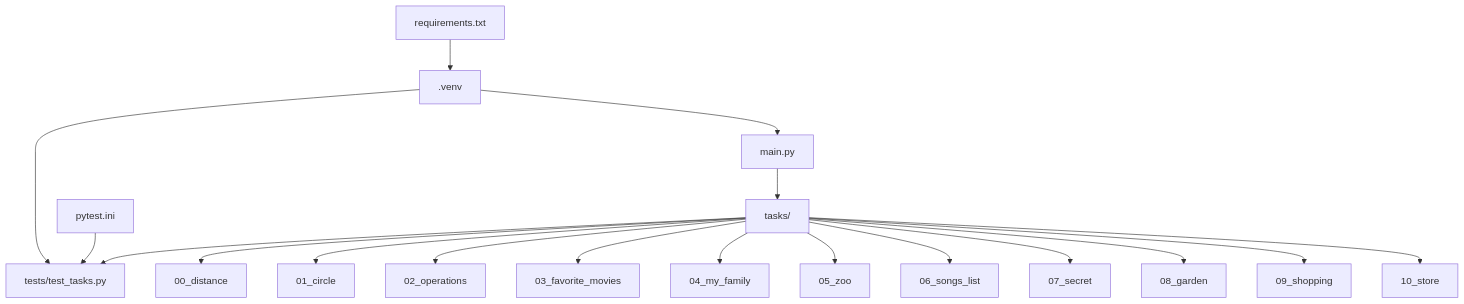
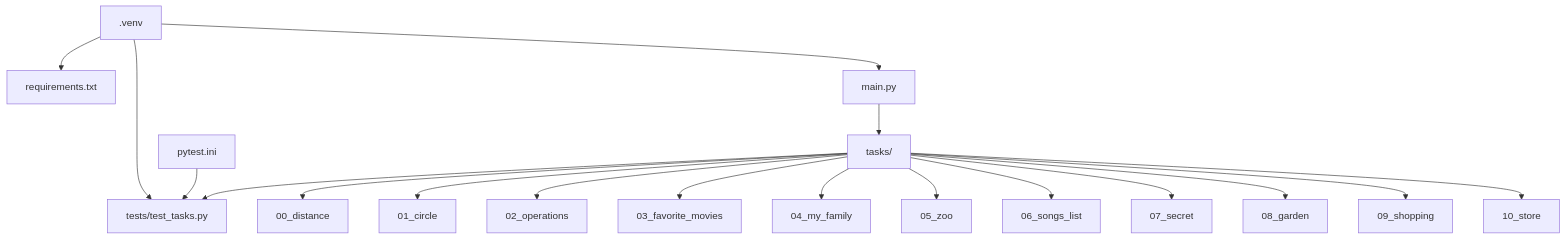
One commit to HolograficDev/semester3_python_lab1 changed the diagram in README.md. Above: the diagram before and after it, drawn with Mermaid.

````diff
--- a/README.md
+++ b/README.md
@@ -47,22 +47,22 @@
 ```mermaid
 flowchart TD
-    R[requirements.txt] --> V[.venv]
+    V[.venv] --> R[requirements.txt]
     V --> M[main.py]
     V --> P[tests/test_tasks.py]
     C[pytest.ini] --> P
 
     M --> T[tasks/]
     T --> P
 
     T --> T1[00_distance]
     T --> T2[01_circle]
     T --> T3[02_operations]
     T --> T4[03_favorite_movies]
     T --> T5[04_my_family]
     T --> T6[05_zoo]
     T --> T7[06_songs_list]
     T --> T8[07_secret]
     T --> T9[08_garden]
     T --> T10[09_shopping]
     T --> T11[10_store]
 ```
````
